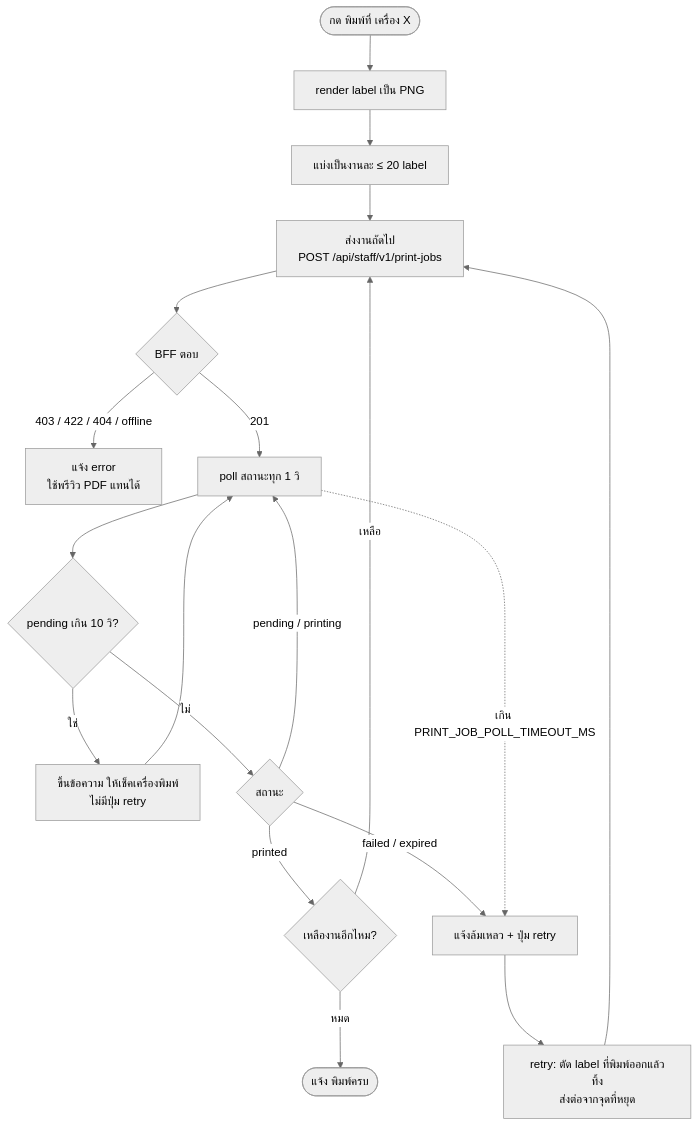
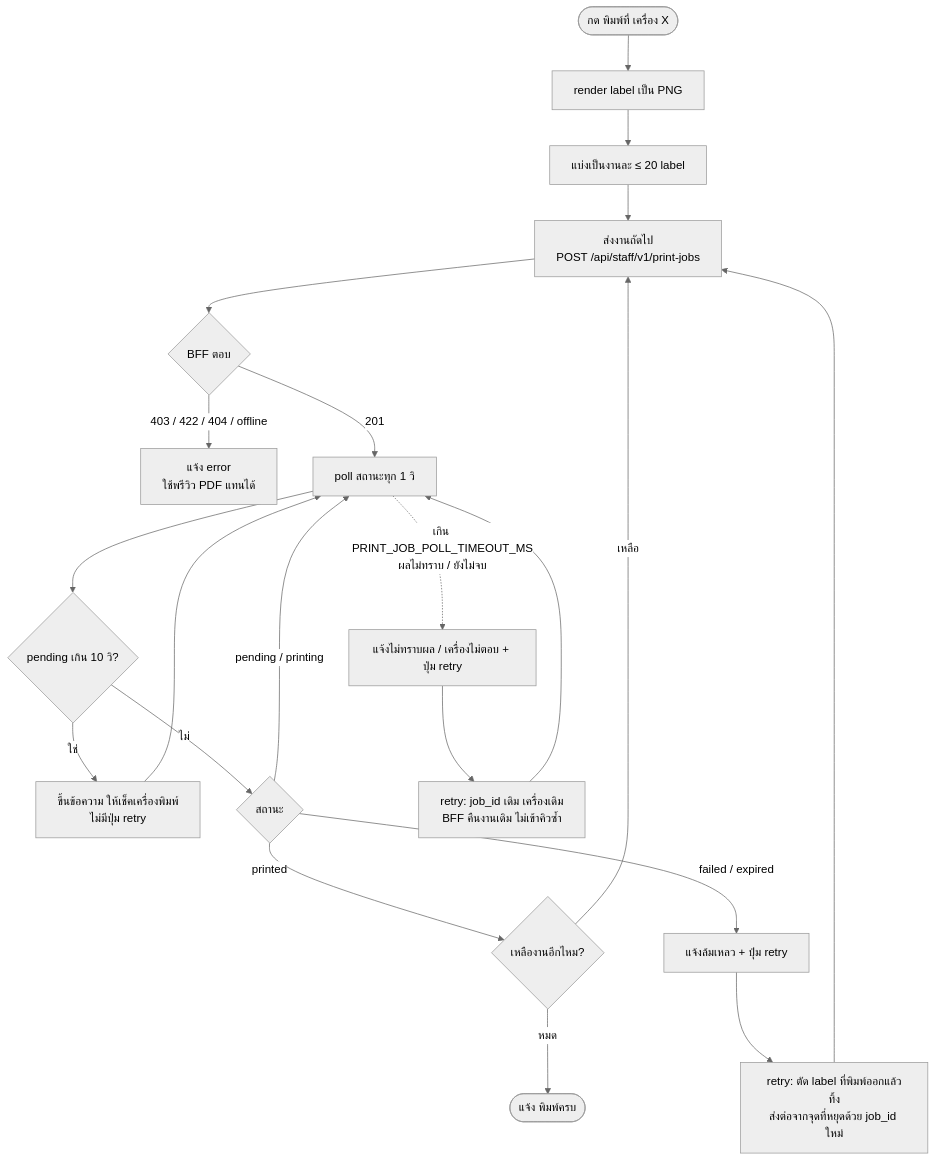
Before and after one commit to r202-coe-psu/tent: the fourth of 7 diagrams in docs/changes/14-kiosk/CR-222-station-print-server.md, drawn with Mermaid (neutral theme). The commit also changed other lines of this file and 1 other file, not shown here.

Commit message:
docs(changes): align cr-222 with the print retry and closed shelter fixes

````diff
--- a/docs/changes/14-kiosk/CR-222-station-print-server.md
+++ b/docs/changes/14-kiosk/CR-222-station-print-server.md
@@ -278,19 +281,20 @@
 ```mermaid
 flowchart TD
     A([กด พิมพ์ที่ เครื่อง X]) --> B[render label เป็น PNG]
     B --> C[แบ่งเป็นงานละ ≤ 20 label]
     C --> D[ส่งงานถัดไป<br/>POST /api/staff/v1/print-jobs]
     D --> E{BFF ตอบ}
     E -- 403 / 422 / 404 / offline --> F[แจ้ง error<br/>ใช้พรีวิว PDF แทนได้]
     E -- 201 --> G[poll สถานะทุก 1 วิ]
     G --> H{pending เกิน 10 วิ?}
     H -- ใช่ --> I[ขึ้นข้อความ ให้เช็คเครื่องพิมพ์<br/>ไม่มีปุ่ม retry] --> G
     H -- ไม่ --> J{สถานะ}
     J -- pending / printing --> G
     J -- printed --> K{เหลืองานอีกไหม?}
     K -- เหลือ --> D
     K -- หมด --> L([แจ้ง พิมพ์ครบ])
     J -- failed / expired --> M[แจ้งล้มเหลว + ปุ่ม retry]
-    M --> N[retry: ตัด label ที่พิมพ์ออกแล้วทิ้ง<br/>ส่งต่อจากจุดที่หยุด] --> D
-    G -. เกิน PRINT_JOB_POLL_TIMEOUT_MS .-> M
+    M --> N[retry: ตัด label ที่พิมพ์ออกแล้วทิ้ง<br/>ส่งต่อจากจุดที่หยุดด้วย job_id ใหม่] --> D
+    G -. เกิน PRINT_JOB_POLL_TIMEOUT_MS<br/>ผลไม่ทราบ / ยังไม่จบ .-> U[แจ้งไม่ทราบผล / เครื่องไม่ตอบ + ปุ่ม retry]
+    U --> V[retry: job_id เดิม เครื่องเดิม<br/>BFF คืนงานเดิม ไม่เข้าคิวซ้ำ] --> G
 ```
````
